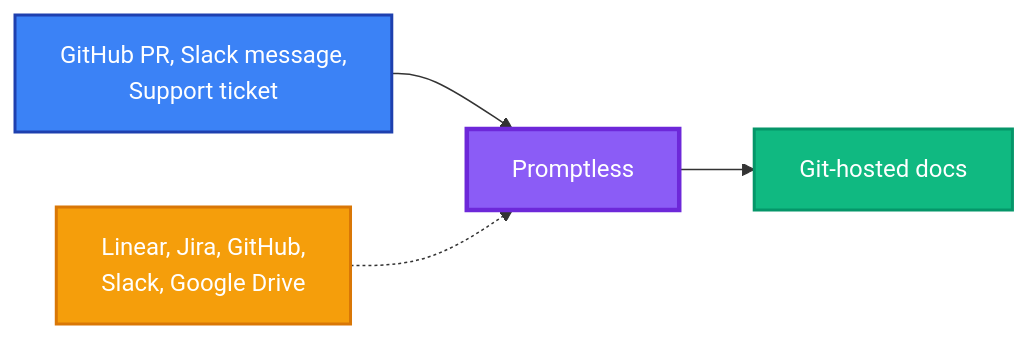
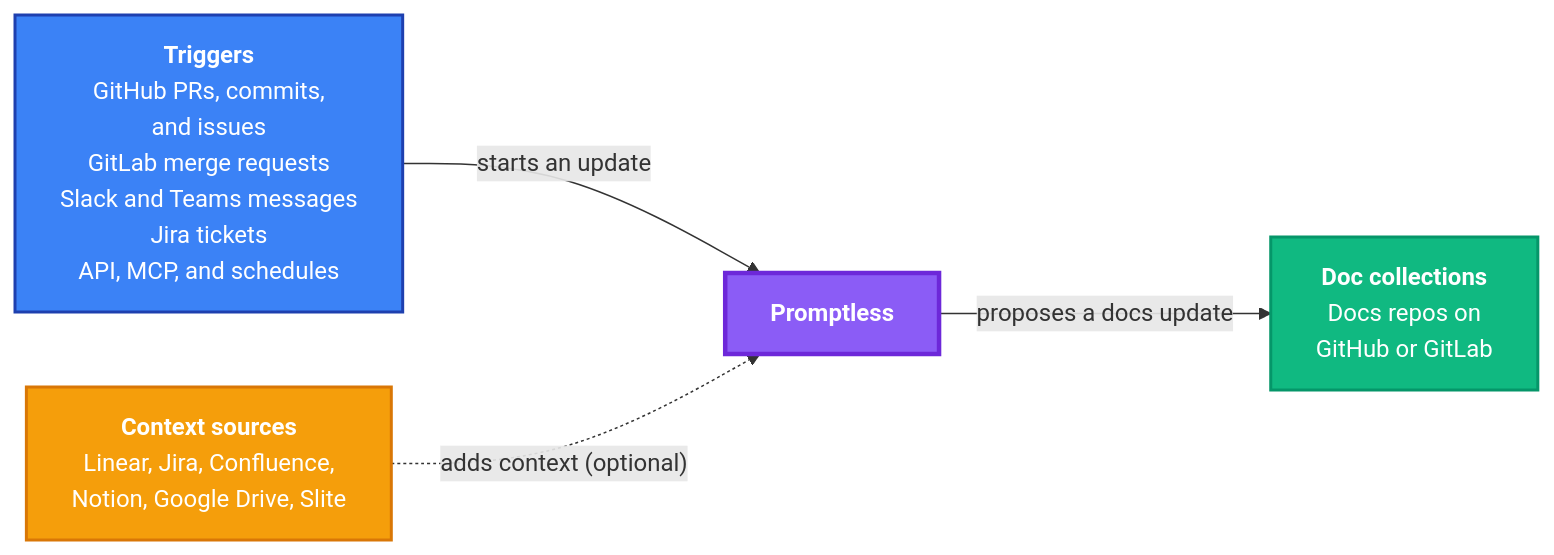
The diagram in src/diagrams/how-it-works.mmd (Promptless/promptless.ai), drawn with Mermaid before and after one commit. The commit also changed 5 other files, not shown here.

Commit message:
docs: Update How Promptless works diagram with supported triggers and context sources

```diff
--- a/src/diagrams/how-it-works.mmd
+++ b/src/diagrams/how-it-works.mmd
@@ -1,16 +1,16 @@
-%% mmdc-width: 750
+%% mmdc-width: 900
 
 flowchart LR
-  TRIGGERS["GitHub PR, Slack message,<br/>Support ticket"]
-  CONTEXT["Linear, Jira, GitHub,<br/>Slack, Google Drive"]
-  PROMPTLESS["Promptless"]
-  DOCS["Git-hosted docs"]
+  TRIGGERS["<b>Triggers</b><br/>GitHub PRs, commits,<br/>and issues<br/>GitLab merge requests<br/>Slack and Teams messages<br/>Jira tickets<br/>API, MCP, and schedules"]
+  CONTEXT["<b>Context sources</b><br/>Linear, Jira, Confluence,<br/>Notion, Google Drive, Slite"]
+  PROMPTLESS["<b>Promptless</b>"]
+  DOCS["<b>Doc collections</b><br/>Docs repos on<br/>GitHub or GitLab"]
 
-  TRIGGERS --> PROMPTLESS
-  CONTEXT -.-> PROMPTLESS
-  PROMPTLESS --> DOCS
+  TRIGGERS -- "starts an update" --> PROMPTLESS
+  CONTEXT -. "adds context (optional)" .-> PROMPTLESS
+  PROMPTLESS -- "proposes a docs update" --> DOCS
 
   style TRIGGERS fill:#3b82f6,stroke:#1e40af,stroke-width:2px,color:#fff
   style CONTEXT fill:#f59e0b,stroke:#d97706,stroke-width:2px,color:#fff
   style PROMPTLESS fill:#8b5cf6,stroke:#6d28d9,stroke-width:3px,color:#fff
   style DOCS fill:#10b981,stroke:#059669,stroke-width:2px,color:#fff
```
